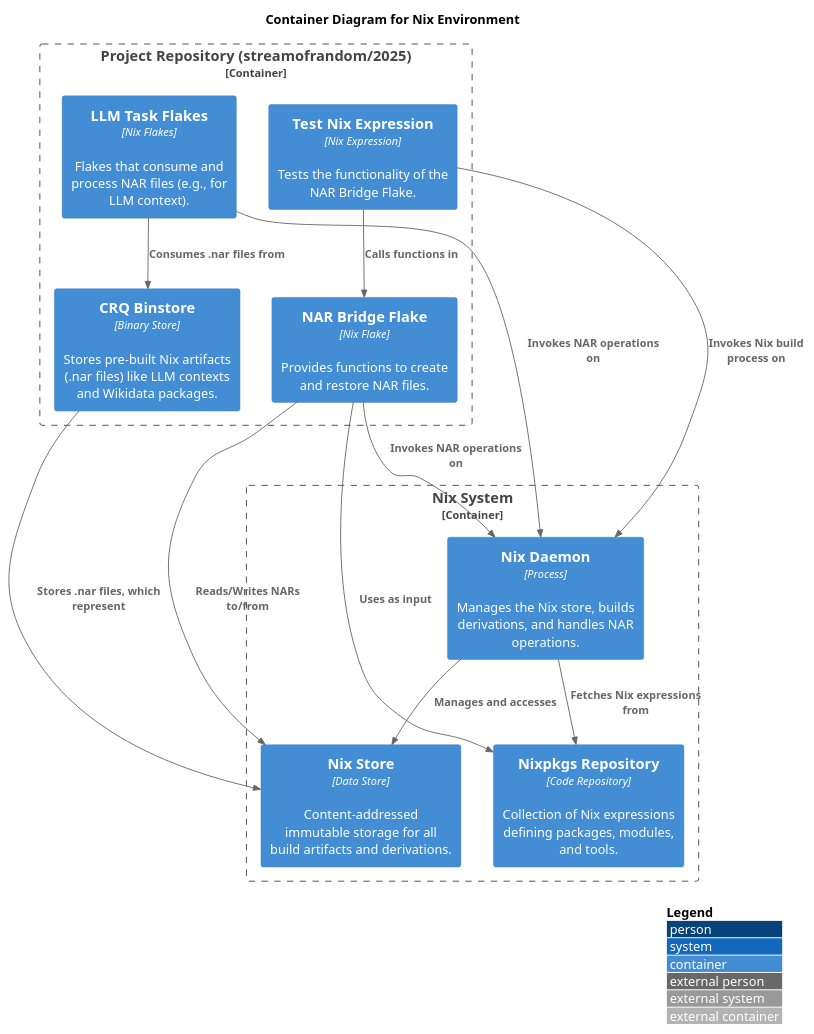
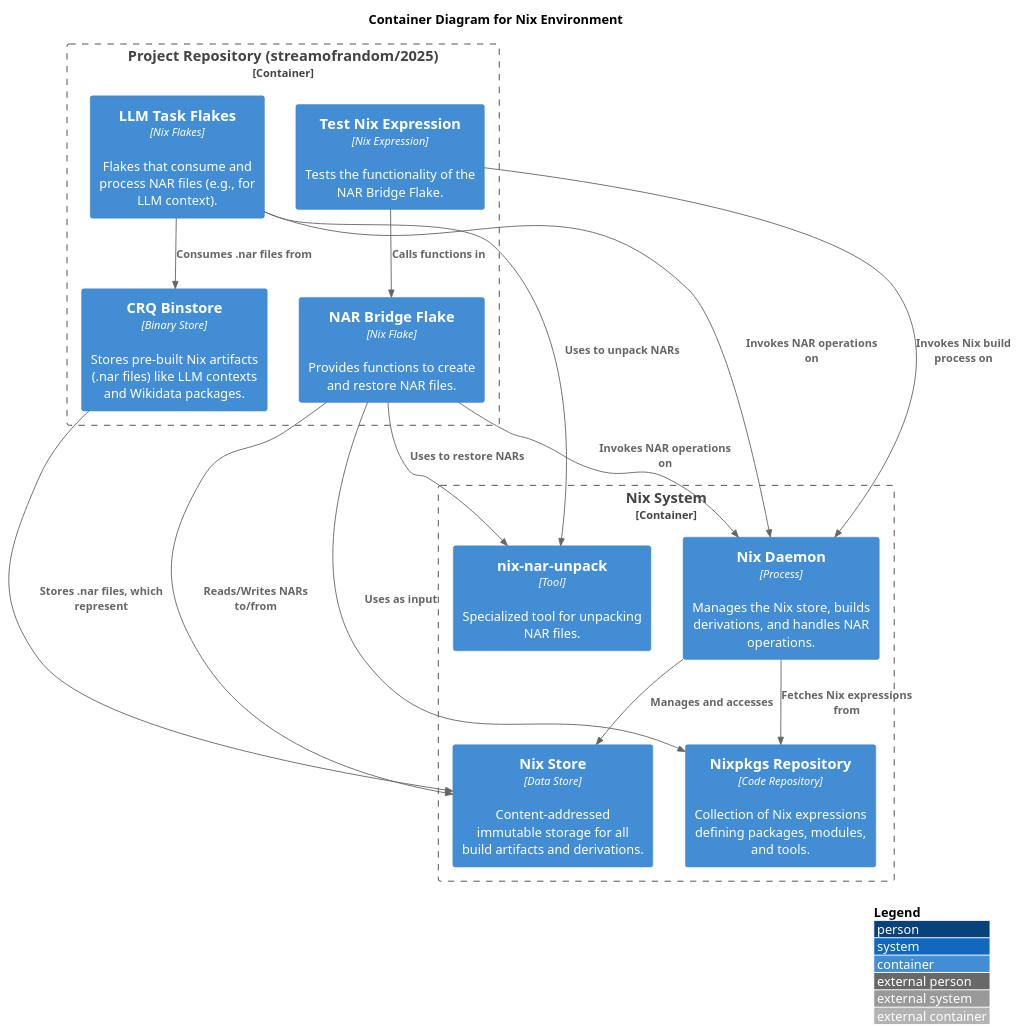
Before and after one commit to meta-introspector/time-2025: the diagram in 10/09/nix_c4_map.puml, drawn with PlantUML. The commit also changed 27 other files, not shown here.

First line of the commit message:
Feat: Implement LLM-driven project scheduling and Nix simulation components.

```diff
--- a/10/09/nix_c4_map.puml
+++ b/10/09/nix_c4_map.puml
@@ -1,37 +1,40 @@
 @startuml C4_Container
 
 !include https://raw.githubusercontent.com/plantuml-stdlib/C4-PlantUML/master/C4_Container.puml
 
 LAYOUT_WITH_LEGEND()
 
 title Container Diagram for Nix Environment
 
 Container_Boundary(nix_system, "Nix System") {
     Container(nix_daemon, "Nix Daemon", "Process", "Manages the Nix store, builds derivations, and handles NAR operations.")
     Container(nix_store, "Nix Store", "Data Store", "Content-addressed immutable storage for all build artifacts and derivations.")
     Container(nixpkgs_repo, "Nixpkgs Repository", "Code Repository", "Collection of Nix expressions defining packages, modules, and tools.")
+    Container(nix_nar_unpack_tool, "nix-nar-unpack", "Tool", "Specialized tool for unpacking NAR files.")
 }
 
 Container_Boundary(project_repo, "Project Repository (streamofrandom/2025)") {
     Container(nar_bridge_flake, "NAR Bridge Flake", "Nix Flake", "Provides functions to create and restore NAR files.")
     Container(crq_binstore, "CRQ Binstore", "Binary Store", "Stores pre-built Nix artifacts (.nar files) like LLM contexts and Wikidata packages.")
     Container(llm_task_flakes, "LLM Task Flakes", "Nix Flakes", "Flakes that consume and process NAR files (e.g., for LLM context).")
     Container(test_nix_expr, "Test Nix Expression", "Nix Expression", "Tests the functionality of the NAR Bridge Flake.")
 }
 
 Rel(nix_daemon, nix_store, "Manages and accesses")
 Rel(nix_daemon, nixpkgs_repo, "Fetches Nix expressions from")
 
 Rel(nar_bridge_flake, nix_daemon, "Invokes NAR operations on")
 Rel(nar_bridge_flake, nix_store, "Reads/Writes NARs to/from")
 Rel(nar_bridge_flake, nixpkgs_repo, "Uses as input")
+Rel(nar_bridge_flake, nix_nar_unpack_tool, "Uses to restore NARs")
 
 Rel(llm_task_flakes, crq_binstore, "Consumes .nar files from")
 Rel(llm_task_flakes, nix_daemon, "Invokes NAR operations on")
+Rel(llm_task_flakes, nix_nar_unpack_tool, "Uses to unpack NARs")
 
 Rel(test_nix_expr, nar_bridge_flake, "Calls functions in")
 Rel(test_nix_expr, nix_daemon, "Invokes Nix build process on")
 
 Rel(crq_binstore, nix_store, "Stores .nar files, which represent")
 
 @enduml
```
